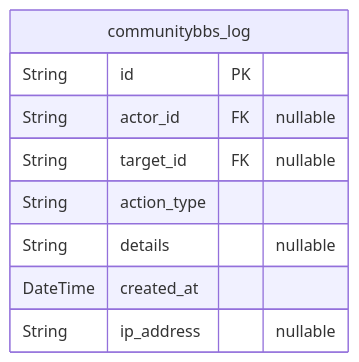
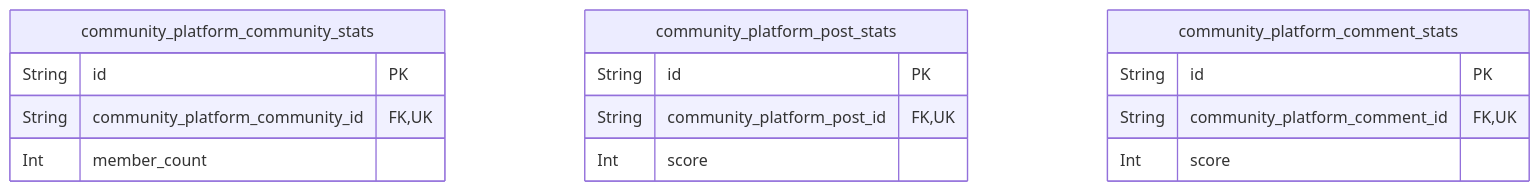
The seventh of 8 diagrams in docs/ERD.md (wrtnlabs/autobe-example-reddit-qwen-qwen3-next-80b-a3b-instruct), drawn with Mermaid before and after one commit. The commit also changed other lines of this file and 472 other files, not shown here.

````diff
--- a/docs/ERD.md
+++ b/docs/ERD.md
@@ -599,12 +439,18 @@
 ```mermaid
 erDiagram
-"communitybbs_log" {
+"community_platform_community_stats" {
   String id PK
-  String actor_id FK "nullable"
-  String target_id FK "nullable"
-  String action_type
-  String details "nullable"
-  DateTime created_at
-  String ip_address "nullable"
+  String community_platform_community_id FK,UK
+  Int member_count
+}
+"community_platform_post_stats" {
+  String id PK
+  String community_platform_post_id FK,UK
+  Int score
+}
+"community_platform_comment_stats" {
+  String id PK
+  String community_platform_comment_id FK,UK
+  Int score
 }
 ```
````
